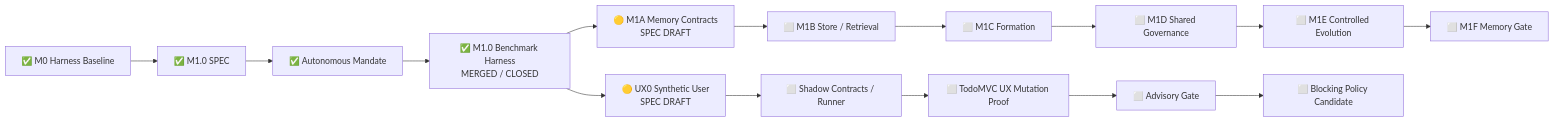
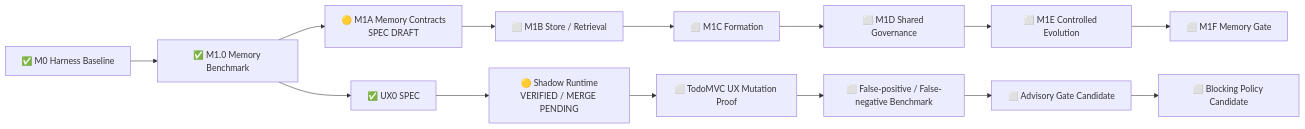
Before and after one commit to lsq1030757028/Pytest-playwright-e2e: the diagram in docs/implementation-status.md, drawn with Mermaid. The commit also changed other lines of this file and 21 other files, not shown here.

First line of the commit message:
Implement UX0 Synthetic User Shadow Runtime (#32)

````diff
--- a/docs/implementation-status.md
+++ b/docs/implementation-status.md
@@ -49,19 +45,18 @@
 ```mermaid
 flowchart LR
     A[✅ M0 Harness Baseline]
-    --> B[✅ M1.0 SPEC]
-    --> C[✅ Autonomous Mandate]
-    --> D[✅ M1.0 Benchmark Harness<br/>MERGED / CLOSED]
-    --> E[🟡 M1A Memory Contracts<br/>SPEC DRAFT]
-    --> F[⬜ M1B Store / Retrieval]
-    --> G[⬜ M1C Formation]
-    --> H[⬜ M1D Shared Governance]
-    --> I[⬜ M1E Controlled Evolution]
-    --> J[⬜ M1F Memory Gate]
+    --> B[✅ M1.0 Memory Benchmark]
+    --> C[🟡 M1A Memory Contracts<br/>SPEC DRAFT]
+    --> D[⬜ M1B Store / Retrieval]
+    --> E[⬜ M1C Formation]
+    --> F[⬜ M1D Shared Governance]
+    --> G[⬜ M1E Controlled Evolution]
+    --> H[⬜ M1F Memory Gate]
 
-    D --> U1[🟡 UX0 Synthetic User<br/>SPEC DRAFT]
-    U1 --> U2[⬜ Shadow Contracts / Runner]
+    B --> U1[✅ UX0 SPEC]
+    U1 --> U2[🟡 Shadow Runtime<br/>VERIFIED / MERGE PENDING]
     U2 --> U3[⬜ TodoMVC UX Mutation Proof]
-    U3 --> U4[⬜ Advisory Gate]
-    U4 --> U5[⬜ Blocking Policy Candidate]
+    U3 --> U4[⬜ False-positive / False-negative Benchmark]
+    U4 --> U5[⬜ Advisory Gate Candidate]
+    U5 --> U6[⬜ Blocking Policy Candidate]
 ```
````
